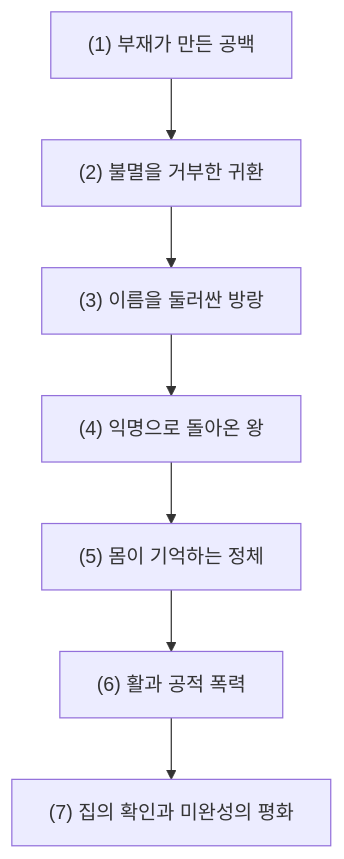
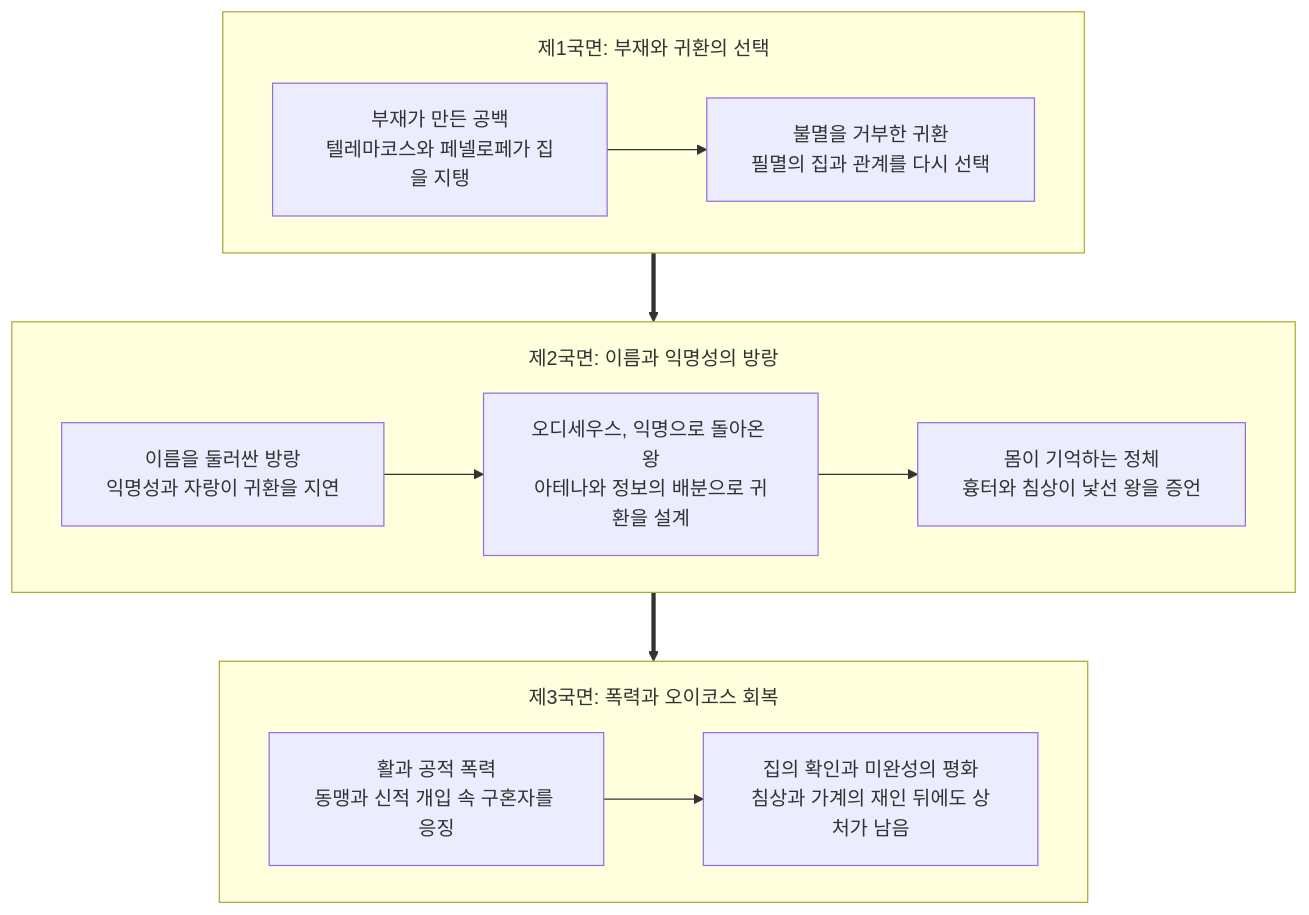
One commit to YgHnSIM/Homer_wiki changed the first of 2 diagrams in wiki/entities/entity-odysseus.md. Above: the diagram before and after it, drawn with Mermaid. The commit also changed other lines of this file and 6 other files, not shown here.

Commit message:
refactor(entities): entity Mermaid 신규격 일괄 적용

````diff
--- a/wiki/entities/entity-odysseus.md
+++ b/wiki/entities/entity-odysseus.md
@@ -84,9 +84,21 @@
 ```mermaid
+%%{init: {'flowchart': {'useMaxWidth': true, 'nodeSpacing': 40, 'rankSpacing': 56, 'padding': 18, 'subGraphTitleMargin': {'top': 18, 'bottom': 10}}}}%%
 flowchart TD
-    A["(1) 부재가 만든 공백"] --> B["(2) 불멸을 거부한 귀환"]
-    B --> C["(3) 이름을 둘러싼 방랑"]
-    C --> D["(4) 익명으로 돌아온 왕"]
-    D --> E["(5) 몸이 기억하는 정체"]
-    E --> F["(6) 활과 공적 폭력"]
-    F --> G["(7) 집의 확인과 미완성의 평화"]
+    subgraph P1["제1국면: 부재와 귀환의 선택"]
+        direction LR
+        A["부재가 만든 공백<br/>텔레마코스와 페넬로페가 집을 지탱"]:::crisis --> B["불멸을 거부한 귀환<br/>필멸의 집과 관계를 다시 선택"]
+    end
+
+    subgraph P2["제2국면: 이름과 익명성의 방랑"]
+        direction LR
+        C["이름을 둘러싼 방랑<br/>익명성과 자랑이 귀환을 지연"] --> D["오디세우스, 익명으로 돌아온 왕<br/>아테나와 정보의 배분으로 귀환을 설계"]:::focus
+        D --> E["몸이 기억하는 정체<br/>흉터와 침상이 낯선 왕을 증언"]
+    end
+
+    subgraph P3["제3국면: 폭력과 오이코스 회복"]
+        direction LR
+        F["활과 공적 폭력<br/>동맹과 신적 개입 속 구혼자를 응징"]:::crisis --> G["집의 확인과 미완성의 평화<br/>침상과 가계의 재인 뒤에도 상처가 남음"]:::resolve
+    end
+
+    P1 ==> P2 ==> P3
 ```
````
